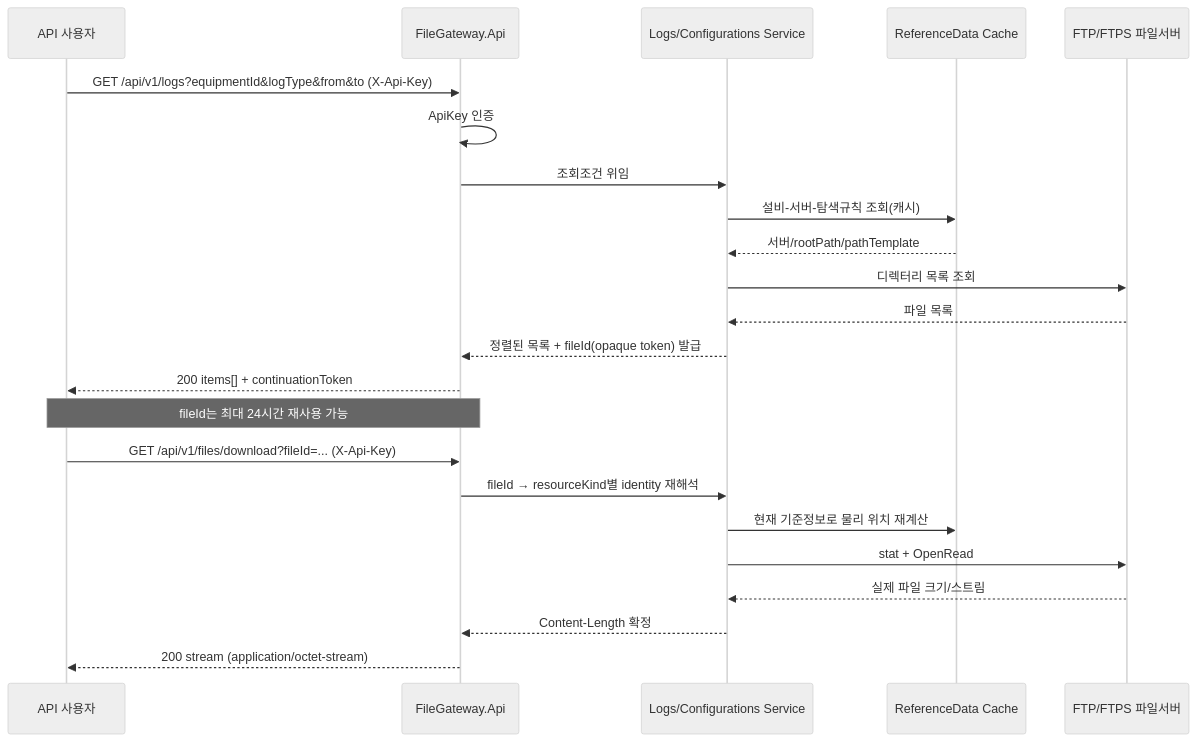
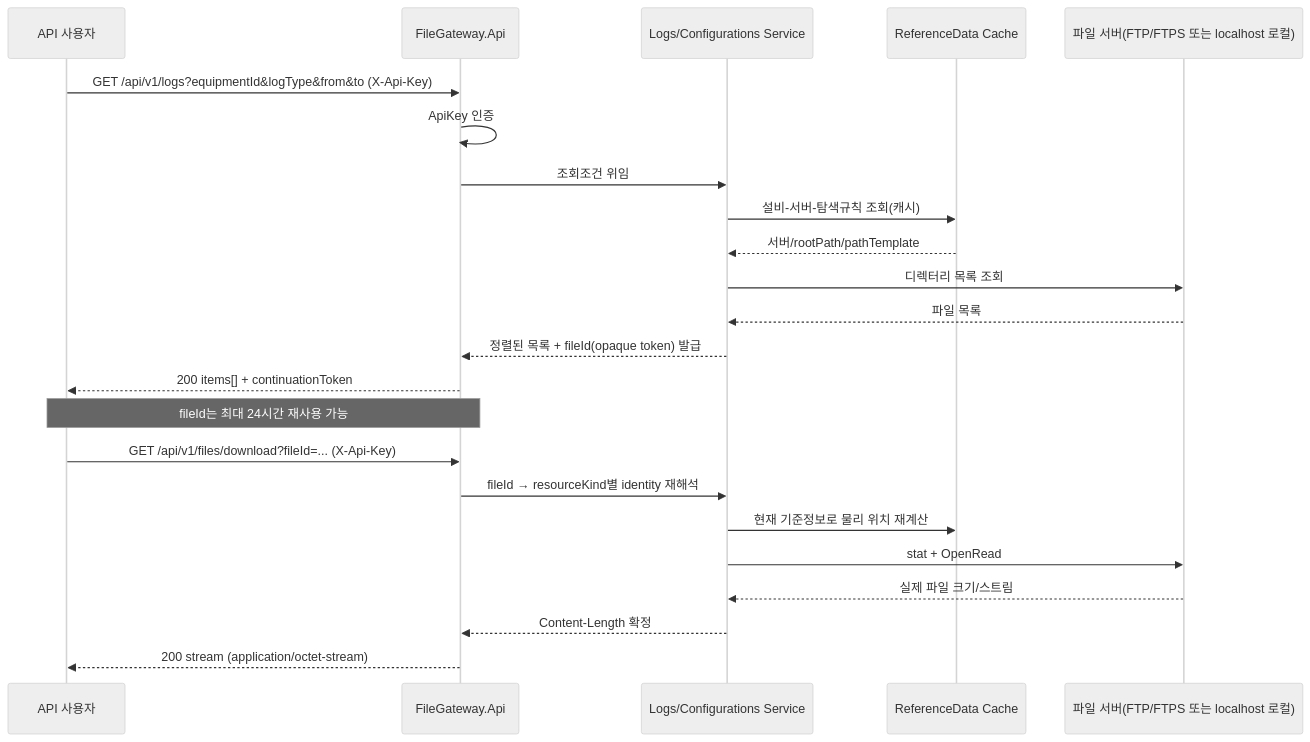
One commit to hjung3113/FileGateway changed the fourth of 5 diagrams in README.md. Above: the diagram before and after it, drawn with Mermaid (neutral theme). The commit also changed other lines of this file and 2 other files, not shown here.

First line of the commit message:
docs: reflect localhost local file access in README and architecture docs

````diff
--- a/README.md
+++ b/README.md
@@ -224,28 +224,28 @@
 ```mermaid
 sequenceDiagram
     participant C as API 사용자
     participant A as FileGateway.Api
     participant S as Logs/Configurations Service
     participant R as ReferenceData Cache
-    participant F as FTP/FTPS 파일서버
+    participant F as 파일 서버(FTP/FTPS 또는 localhost 로컬)
 
     C->>A: GET /api/v1/logs?equipmentId&logType&from&to (X-Api-Key)
     A->>A: ApiKey 인증
     A->>S: 조회조건 위임
     S->>R: 설비-서버-탐색규칙 조회(캐시)
     R-->>S: 서버/rootPath/pathTemplate
     S->>F: 디렉터리 목록 조회
     F-->>S: 파일 목록
     S-->>A: 정렬된 목록 + fileId(opaque token) 발급
     A-->>C: 200 items[] + continuationToken
 
     Note over C,A: fileId는 최대 24시간 재사용 가능
 
     C->>A: GET /api/v1/files/download?fileId=... (X-Api-Key)
     A->>S: fileId → resourceKind별 identity 재해석
     S->>R: 현재 기준정보로 물리 위치 재계산
     S->>F: stat + OpenRead
     F-->>S: 실제 파일 크기/스트림
     S-->>A: Content-Length 확정
     A-->>C: 200 stream (application/octet-stream)
 ```
````
